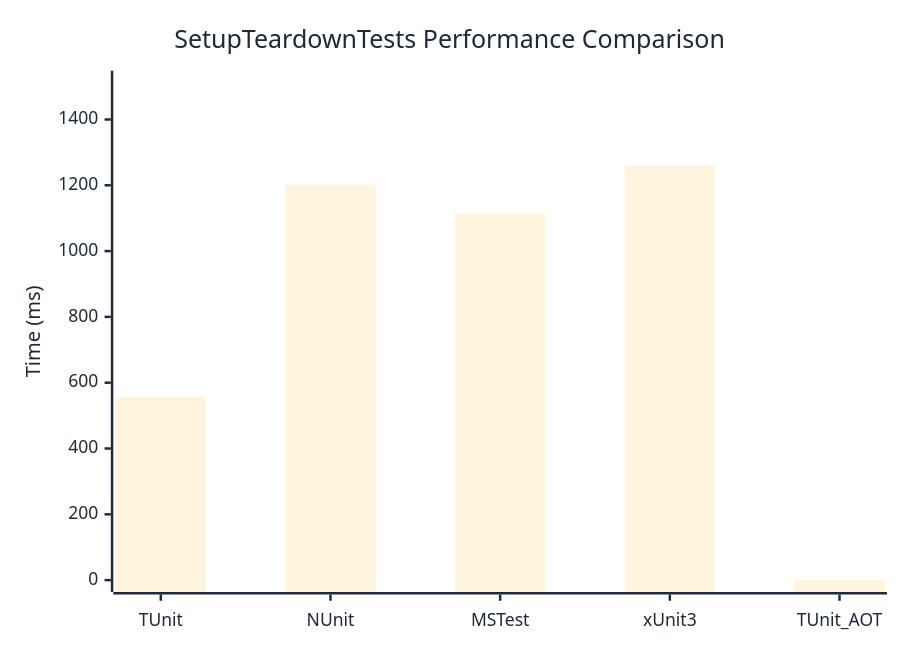
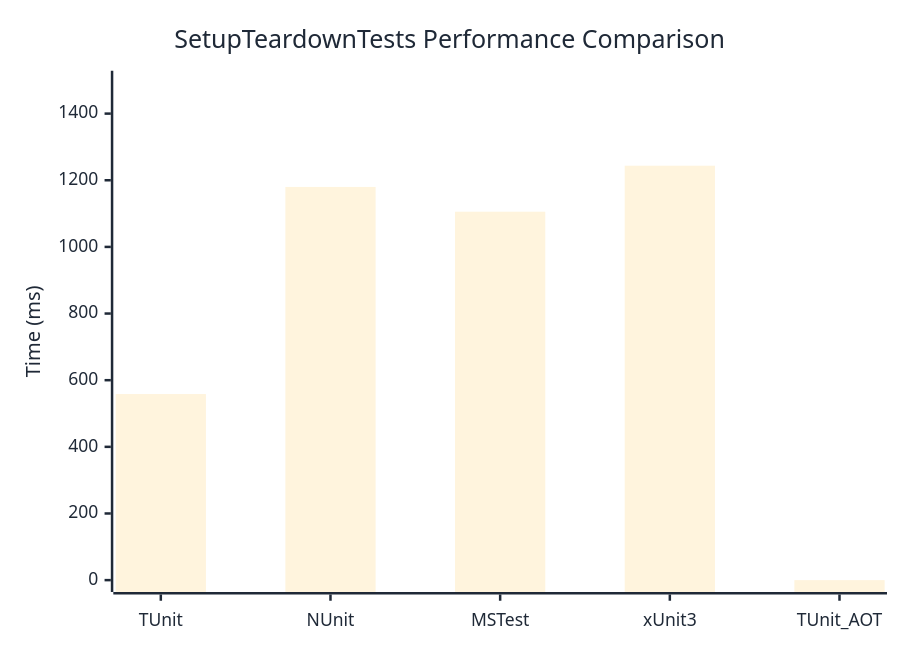
Before and after one commit to thomhurst/TUnit: the diagram in docs/docs/benchmarks/SetupTeardownTests.md, drawn with Mermaid. The commit also changed other lines of this file and 17 other files, not shown here.

````diff
--- a/docs/docs/benchmarks/SetupTeardownTests.md
+++ b/docs/docs/benchmarks/SetupTeardownTests.md
@@ -27,37 +27,37 @@
 ```mermaid
 %%{init: {
   'theme':'base',
   'themeVariables': {
     'primaryColor': '#2563eb',
     'primaryTextColor': '#1f2937',
     'primaryBorderColor': '#1e40af',
     'lineColor': '#6b7280',
     'secondaryColor': '#7c3aed',
     'tertiaryColor': '#dc2626',
     'background': '#ffffff',
     'mainBkg': '#2563eb',
     'secondBkg': '#7c3aed',
     'tertiaryBkg': '#dc2626',
     'clusterBkg': '#f3f4f6',
     'edgeLabelBackground': '#ffffff',
     'tertiaryTextColor': '#1f2937',
     'pie1': '#2563eb',
     'pie2': '#7c3aed',
     'pie3': '#dc2626',
     'pie4': '#f59e0b',
     'pie5': '#10b981',
     'pie6': '#06b6d4',
     'pie7': '#ec4899',
     'pie8': '#6366f1',
     'pie9': '#84cc16',
     'pie10': '#f97316',
     'pie11': '#14b8a6',
     'pie12': '#a855f7'
   }
 }}%%
 xychart-beta
   title "SetupTeardownTests Performance Comparison"
   x-axis ["TUnit", "NUnit", "MSTest", "xUnit3", "TUnit_AOT"]
-  y-axis "Time (ms)" 0 --> 1512
-  bar [557.3, 1201.5, 1114.7, 1259.6, 0]
+  y-axis "Time (ms)" 0 --> 1493
+  bar [558.4, 1180, 1105.6, 1243.7, 0]
 ```
````
